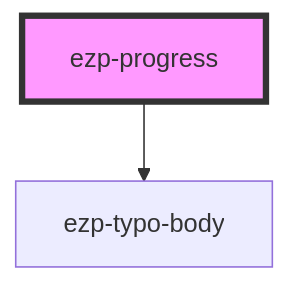
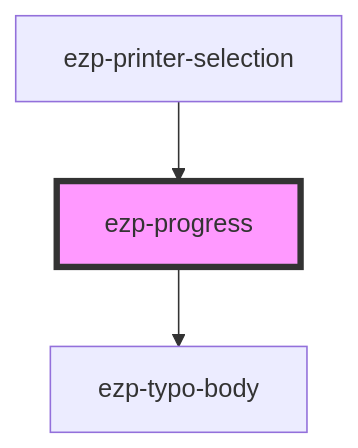
The diagram in src/components/ezp-progress/readme.md (ezeep/ezeep-js), drawn with Mermaid before and after one commit. The commit also changed other lines of this file and 13 other files, not shown here.

````diff
--- a/src/components/ezp-progress/readme.md
+++ b/src/components/ezp-progress/readme.md
@@ -28,5 +34,6 @@
 ```mermaid
 graph TD;
   ezp-progress --> ezp-typo-body
+  ezp-printer-selection --> ezp-progress
   style ezp-progress fill:#f9f,stroke:#333,stroke-width:4px
 ```
````
